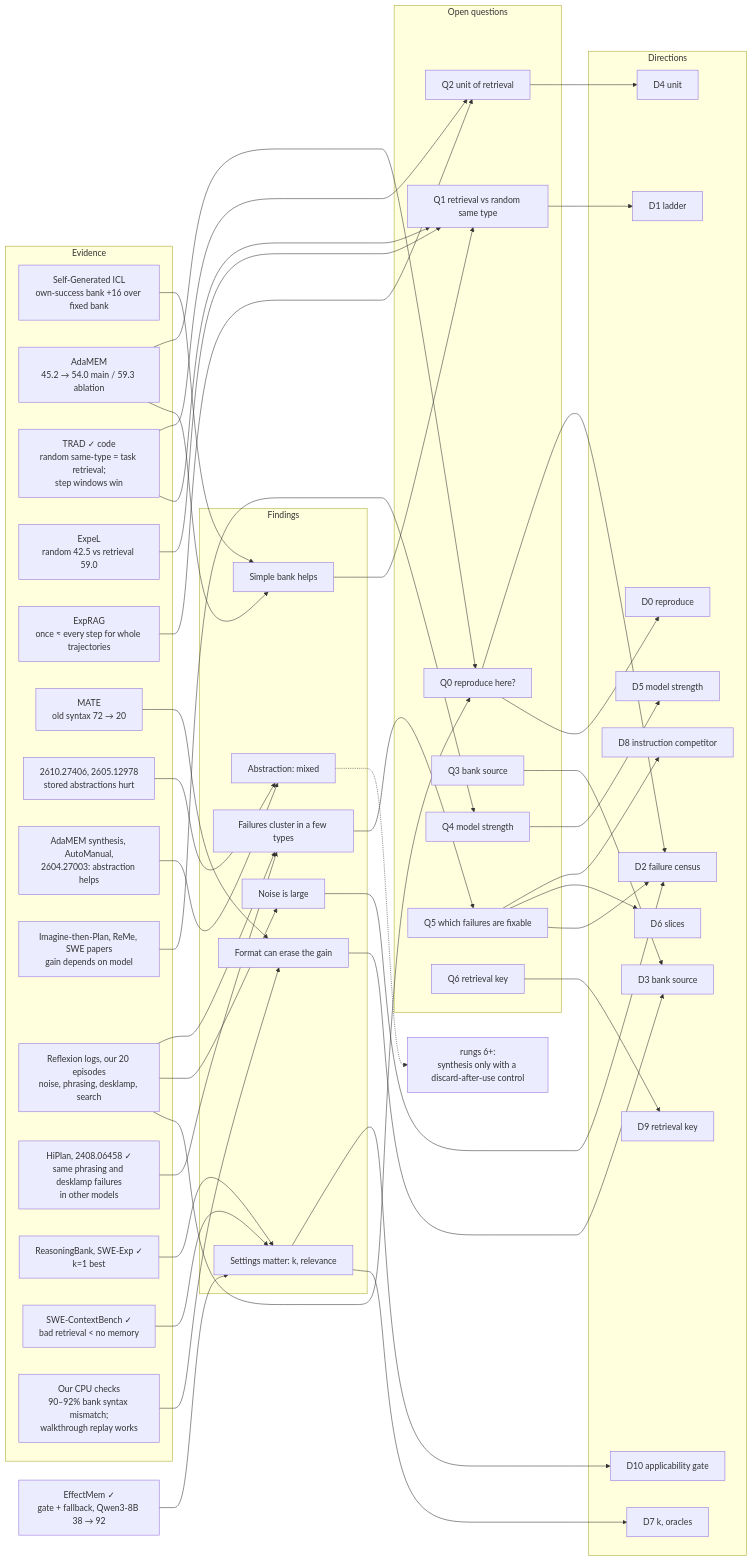
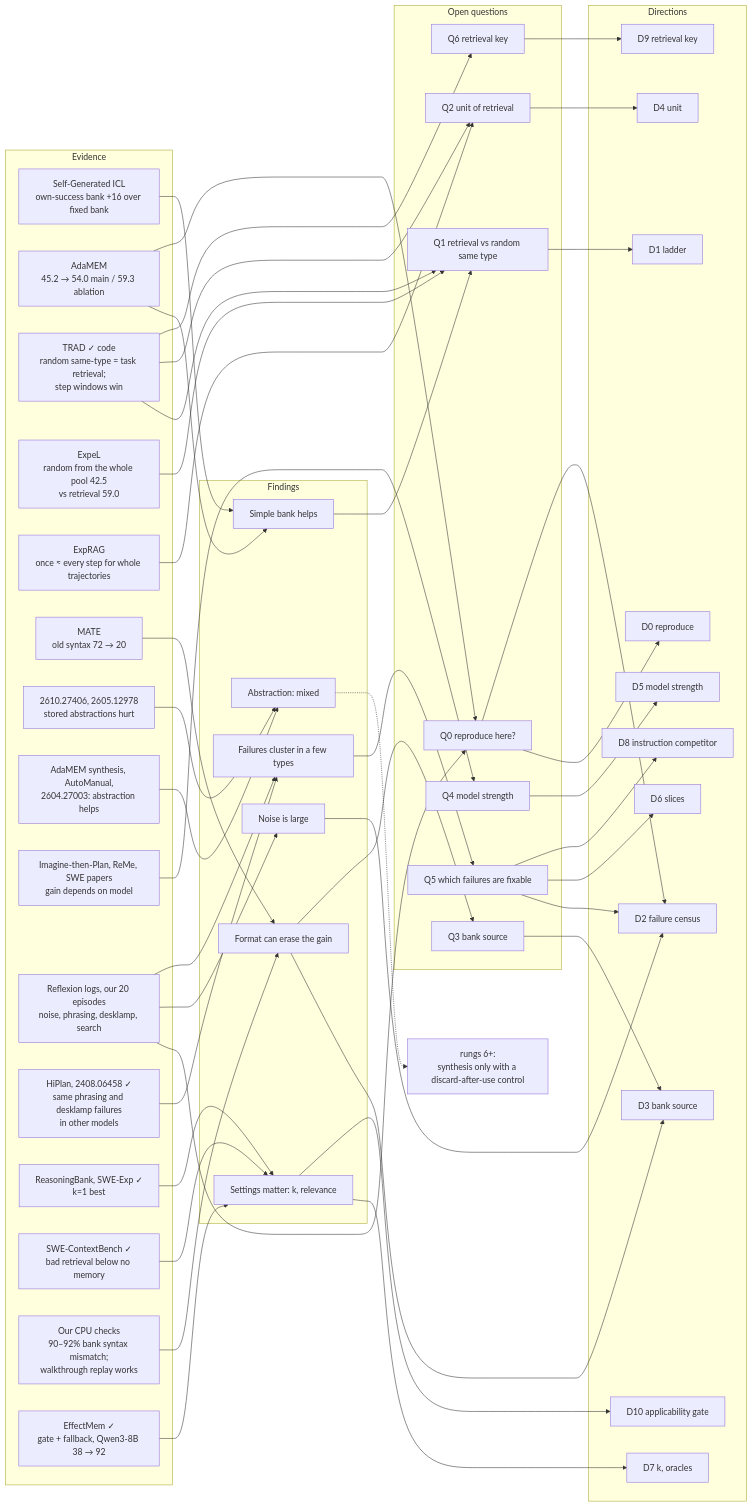
The diagram in docs/research-map/CONNECTIONS.md (krapcys1-maker/adaptive-agent-memory-research), drawn with Mermaid before and after one commit. The commit also changed other lines of this file and 7 other files, not shown here.

```diff
--- a/docs/research-map/CONNECTIONS.md
+++ b/docs/research-map/CONNECTIONS.md
@@ -10,7 +10,7 @@
     E1["Self-Generated ICL<br/>own-success bank +16 over fixed bank"]
     E2["AdaMEM<br/>45.2 → 54.0 main / 59.3 ablation"]
     E3["TRAD ✓ code<br/>random same-type = task retrieval;<br/>step windows win"]
-    E4["ExpeL<br/>random 42.5 vs retrieval 59.0"]
+    E4["ExpeL<br/>random from the whole pool 42.5<br/>vs retrieval 59.0"]
     E5["ExpRAG<br/>once ≈ every step for whole trajectories"]
     E6["MATE<br/>old syntax 72 → 20"]
     E7["2610.27406, 2605.12978<br/>stored abstractions hurt"]
@@ -19,8 +19,9 @@
     E10["Reflexion logs, our 20 episodes<br/>noise, phrasing, desklamp, search"]
     E11["HiPlan, 2408.06458 ✓<br/>same phrasing and desklamp failures<br/>in other models"]
     E12["ReasoningBank, SWE-Exp ✓<br/>k=1 best"]
-    E13["SWE-ContextBench ✓<br/>bad retrieval < no memory"]
+    E13["SWE-ContextBench ✓<br/>bad retrieval below no memory"]
     E14["Our CPU checks<br/>90–92% bank syntax mismatch;<br/>walkthrough replay works"]
+    E15["EffectMem ✓<br/>gate + fallback, Qwen3-8B 38 → 92"]
   end
   subgraph F["Findings"]
     F1["Simple bank helps"]
@@ -76,7 +77,9 @@
   F5 --> Q5
   F6 --> D7
   F6 --> D10
-  E15["EffectMem ✓<br/>gate + fallback, Qwen3-8B 38 → 92"] --> F6
+  E15 --> F6
+  E3 --> Q6
+  F2 --> Q3
   Q0 --> D0
   Q0 --> D2
   Q1 --> D1
```
